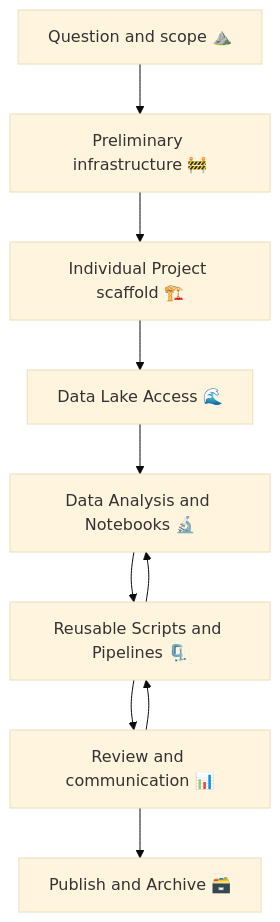
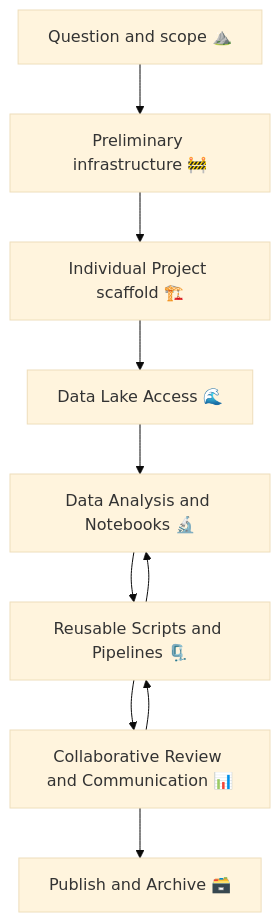
Before and after one commit to GoldenPlanetaryHealthLab/GoldenPlanetaryHealthLab.github.io: the diagram in 01_orientation/workflow-roadmap.qmd, drawn with Mermaid (base theme). The commit also changed other lines of this file and 28 other files, not shown here.

````diff
--- a/01_orientation/workflow-roadmap.qmd
+++ b/01_orientation/workflow-roadmap.qmd
@@ -8,13 +8,13 @@
 ```{mermaid}
 flowchart TD
   A[Question and scope ⛰️] --> B[Preliminary infrastructure 🚧]
   B --> C[Individual Project scaffold 🏗️]
   C --> D[Data Lake Access 🌊]
   D --> E[Data Analysis and Notebooks 🔬]
   E --> F[Reusable Scripts and Pipelines 🗜️]
-  F --> G[Review and communication 📊]
+  F --> G[Collaborative Review and Communication 📊]
   F --> E
   G --> F
   G --> H[Publish and Archive 🗃️]
 
 ```
````
